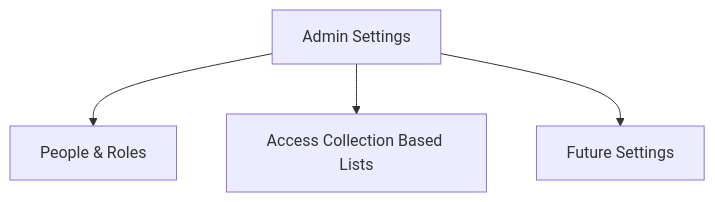
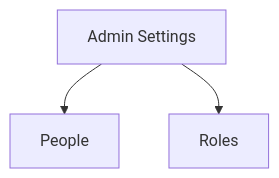
The sixth of 6 diagrams in docs/ui-flow.md (leahgarrett/image-management-system), drawn with Mermaid before and after one commit. The commit also changed other lines of this file and 1 other file, not shown here.

````diff
--- a/docs/ui-flow.md
+++ b/docs/ui-flow.md
@@ -136,6 +145,5 @@
 ```mermaid
 flowchart TD
-    Admin[Admin Settings] --> People[People & Roles]
-    Admin --> AccessLists[Access Collection Based Lists<br/>]
-    Admin --> Placeholder[Future Settings]
+    Admin[Admin Settings] --> People[People]
+    Admin --> Roles[Roles<br/>]
 ```
````
